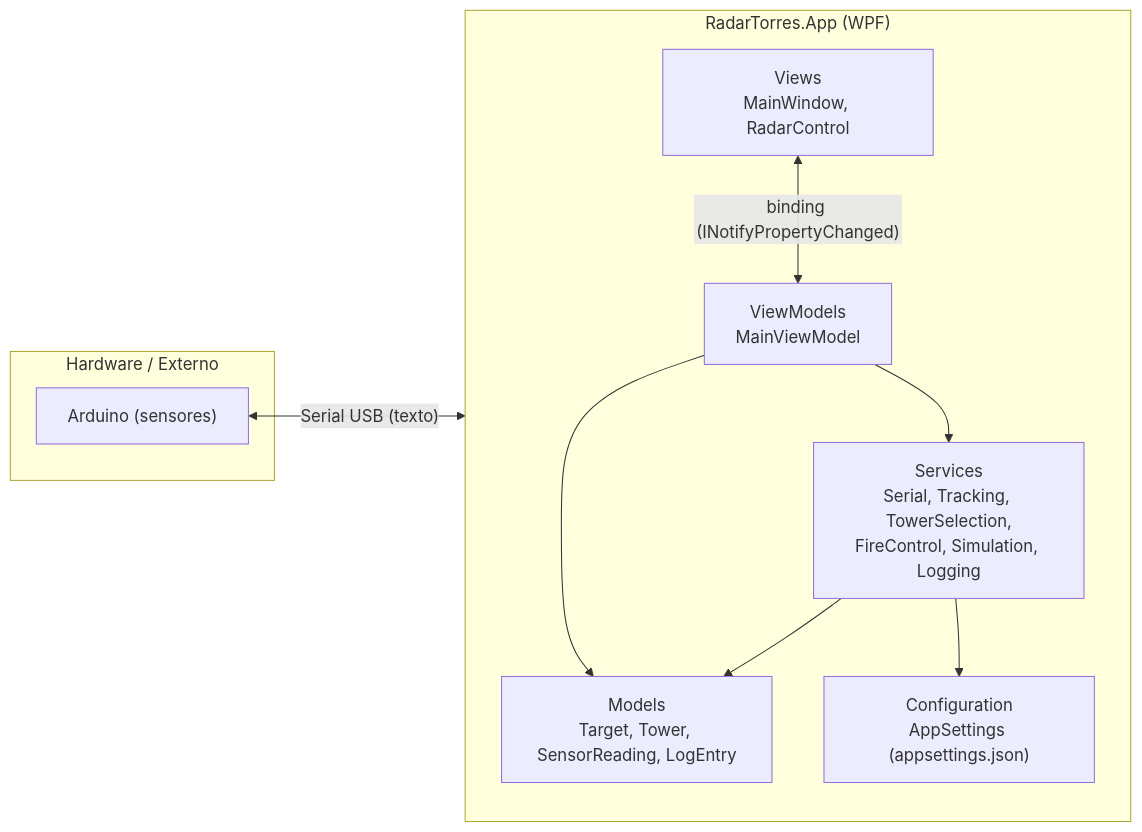
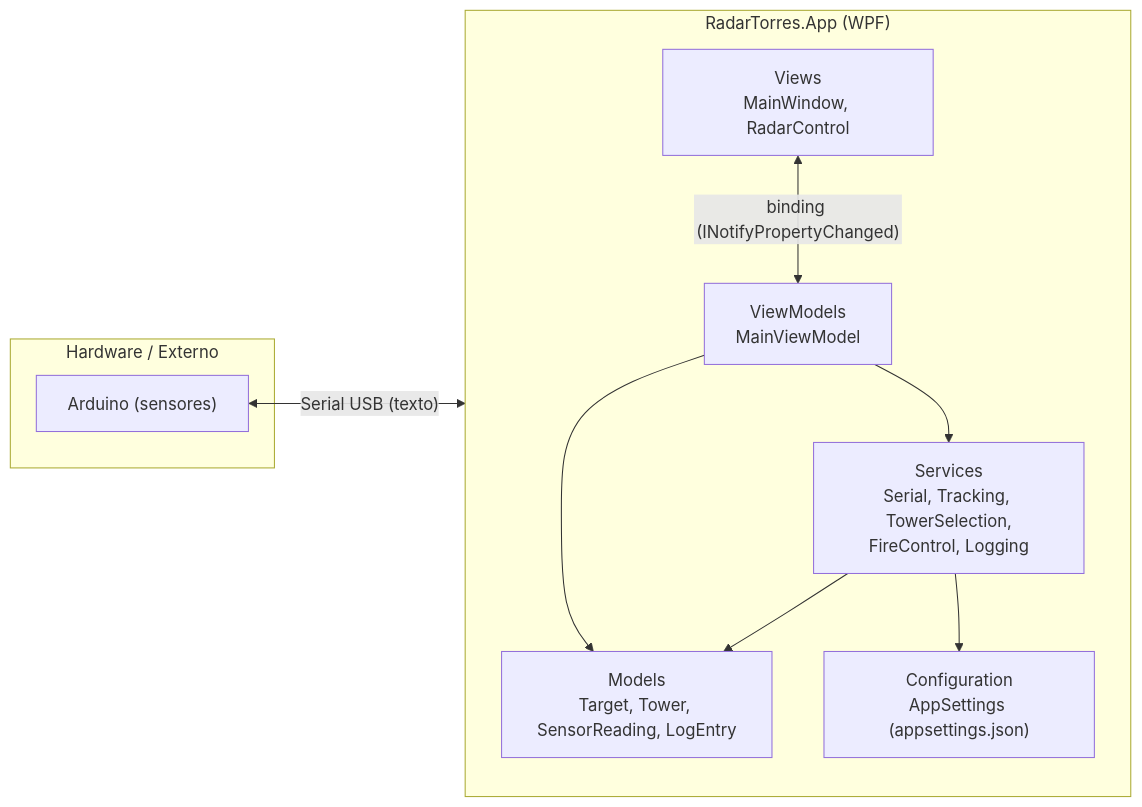
Before and after one commit to Matheus-Emanoel-Souza/Sistema_Rastreamento_Alvos_Arduino: the first of 6 diagrams in Docs/Tecnica/ARQUITETURA.md, drawn with Mermaid. The commit also changed other lines of this file and 12 other files, not shown here.

````diff
--- a/Docs/Tecnica/ARQUITETURA.md
+++ b/Docs/Tecnica/ARQUITETURA.md
@@ -5,22 +5,22 @@
 ```mermaid
 flowchart LR
     subgraph HW["Hardware / Externo"]
         ARD["Arduino (sensores)"]
     end
 
     subgraph APP["RadarTorres.App (WPF)"]
         direction TB
         VIEW["Views\nMainWindow, RadarControl"]
         VM["ViewModels\nMainViewModel"]
-        SVC["Services\nSerial, Tracking, TowerSelection,\nFireControl, Simulation, Logging"]
+        SVC["Services\nSerial, Tracking, TowerSelection,\nFireControl, Logging"]
         MDL["Models\nTarget, Tower, SensorReading, LogEntry"]
         CFG["Configuration\nAppSettings (appsettings.json)"]
     end
 
     ARD <-- "Serial USB (texto)" --> SVC
     VIEW <-- "binding (INotifyPropertyChanged)" --> VM
     VM --> SVC
     SVC --> MDL
     SVC --> CFG
     VM --> MDL
 ```
````
